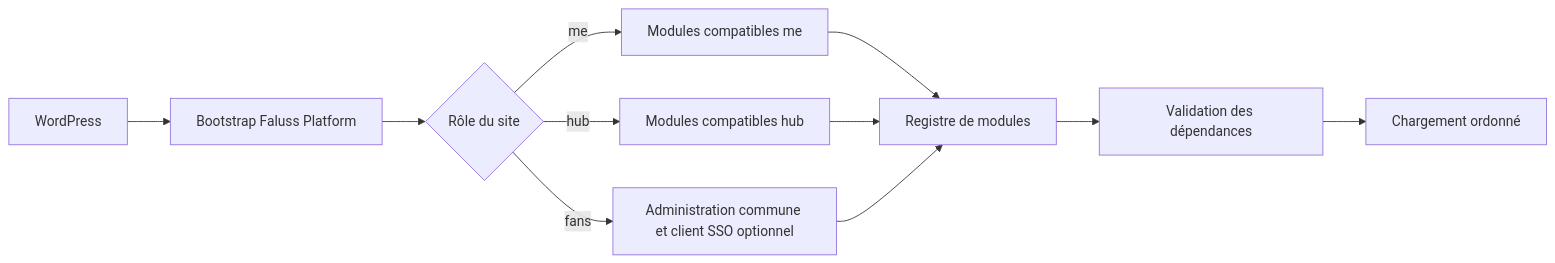
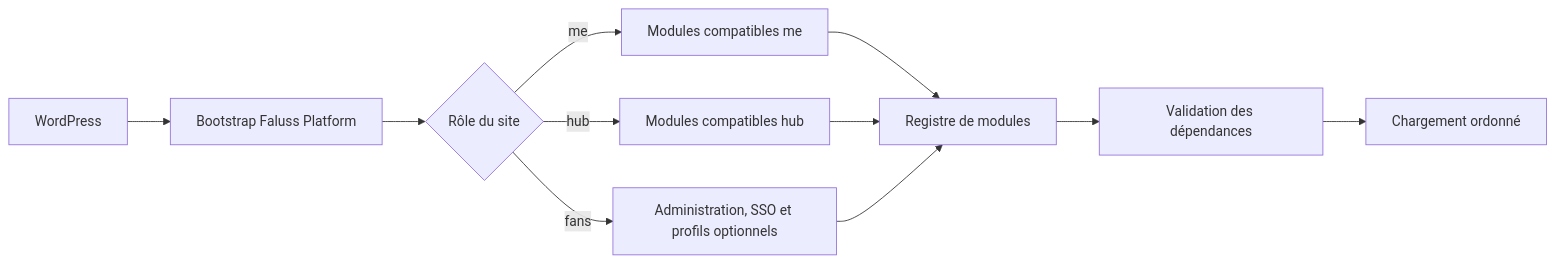
The diagram in docs/ARCHITECTURE.md (Alternative-LAB/faluss-platform), drawn with Mermaid before and after one commit. The commit also changed other lines of this file and 13 other files, not shown here.

````diff
--- a/docs/ARCHITECTURE.md
+++ b/docs/ARCHITECTURE.md
@@ -5,13 +5,13 @@
 ```mermaid
 flowchart LR
     WP[WordPress] --> Bootstrap[Bootstrap Faluss Platform]
     Bootstrap --> Role{Rôle du site}
     Role -->|me| Me[Modules compatibles me]
     Role -->|hub| Hub[Modules compatibles hub]
-    Role -->|fans| Fans[Administration commune et client SSO optionnel]
+    Role -->|fans| Fans[Administration, SSO et profils optionnels]
     Me --> Registry[Registre de modules]
     Hub --> Registry
     Fans --> Registry
     Registry --> Checks[Validation des dépendances]
     Checks --> Boot[Chargement ordonné]
 ```
````
